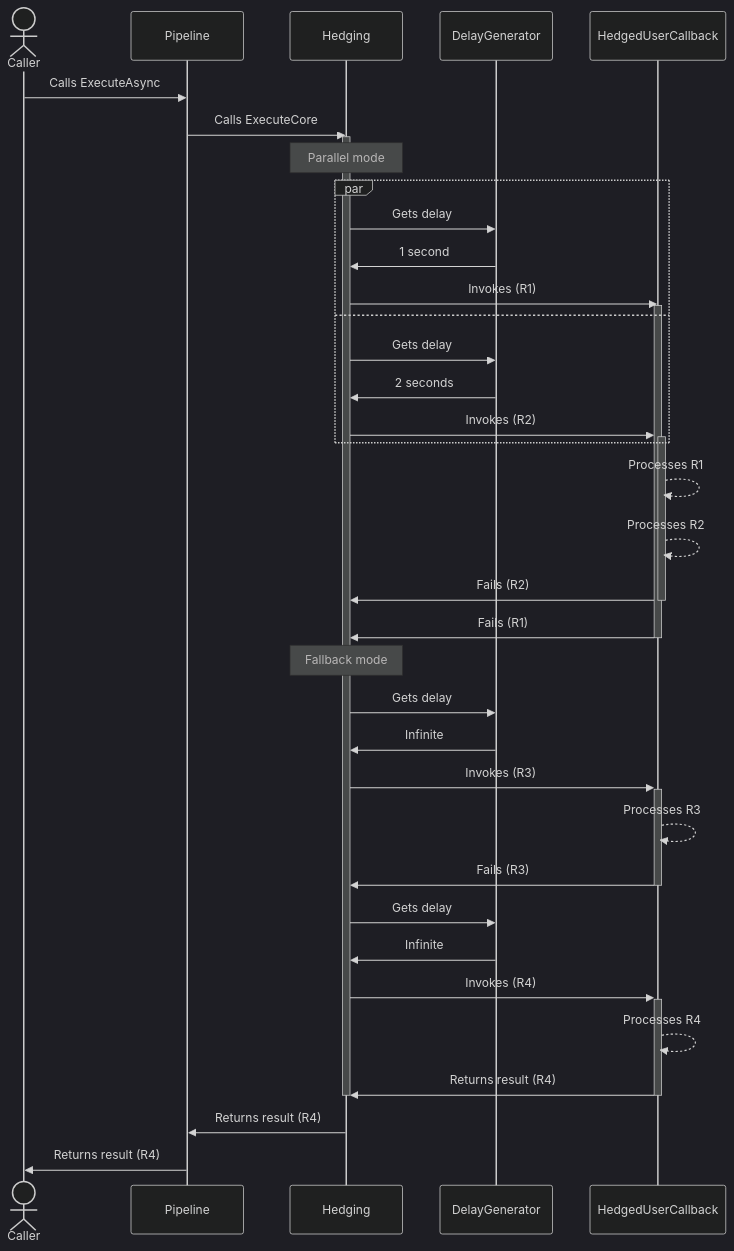
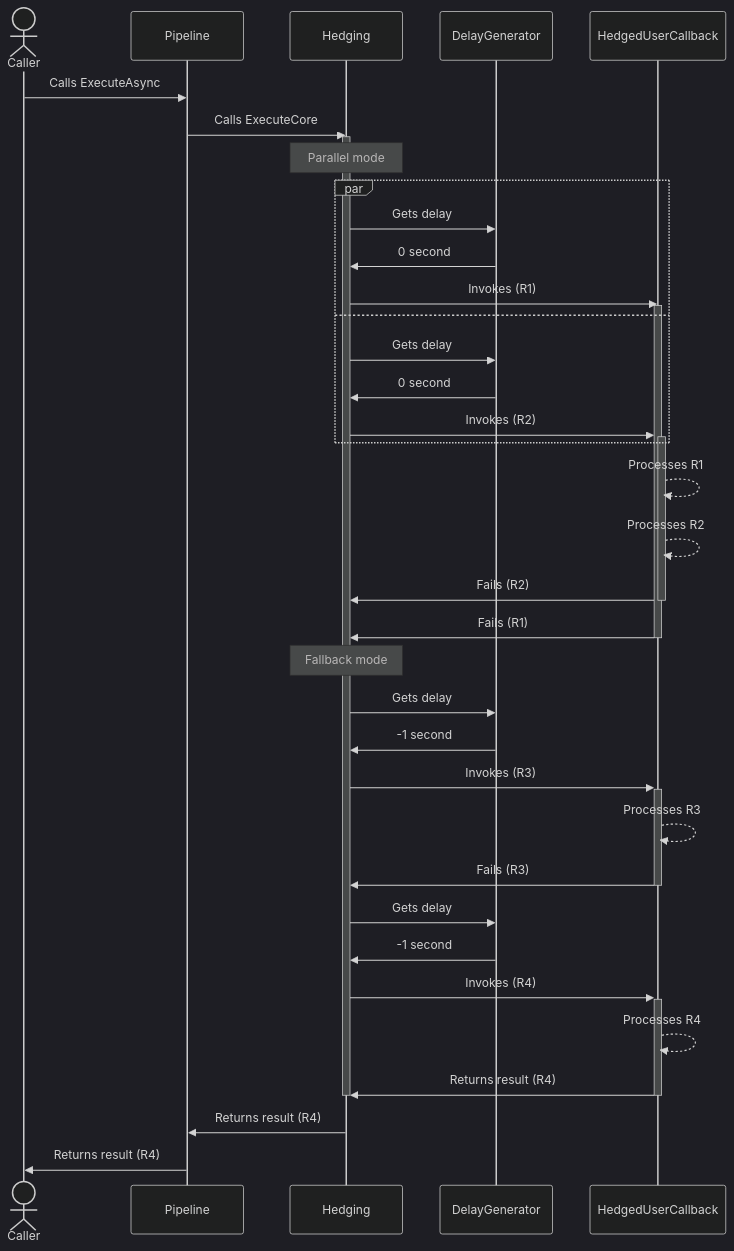
The seventh of 9 diagrams in docs/strategies/hedging.md (App-vNext/Polly), drawn with Mermaid (dark theme) before and after one commit. The commit also changed other lines of this file and 6 other files, not shown here.

First line of the commit message:
[Docs] Add diagram to action generator hedging (#1713)

````diff
--- a/docs/strategies/hedging.md
+++ b/docs/strategies/hedging.md
@@ -344,47 +343,47 @@
 ```mermaid
 sequenceDiagram
     actor C as Caller
     participant P as Pipeline
     participant H as Hedging
     participant DG as DelayGenerator
     participant HUC as HedgedUserCallback
 
     C->>P: Calls ExecuteAsync
     P->>H: Calls ExecuteCore
     activate H
 
     Note over H: Parallel mode
     par
     H->>DG: Gets delay
-    DG->>H: 1 second
+    DG->>H: 0 second
     H->>HUC: Invokes (R1)
     activate HUC
     and
     H ->> DG: Gets delay
-    DG ->> H: 2 seconds
+    DG ->> H: 0 second
     H->>+HUC: Invokes (R2)
     end
 
     HUC-->>HUC: Processes R1
     HUC-->>HUC: Processes R2
     HUC->>-H: Fails (R2)
     HUC->>-H: Fails (R1)
 
     Note over H: Fallback mode
 
     H->>DG: Gets delay
-    DG->>H: Infinite
+    DG->>H: -1 second
     H->>+HUC: Invokes (R3)
     HUC-->>HUC: Processes R3
     HUC->>-H: Fails (R3)
 
     H->>DG: Gets delay
-    DG->>H: Infinite
+    DG->>H: -1 second
     H->>+HUC: Invokes (R4)
     HUC-->>HUC: Processes R4
     HUC->>-H: Returns result (R4)
 
     deactivate H
     H->>P: Returns result (R4)
     P->>C: Returns result (R4)
 ```
````
